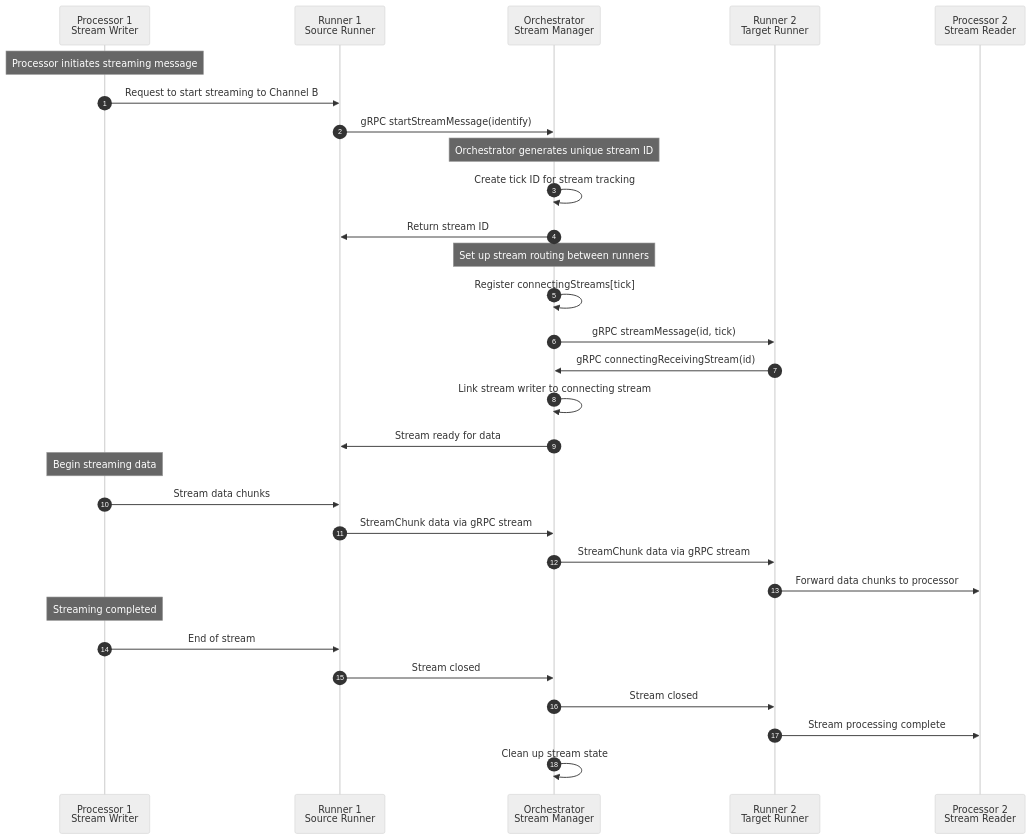
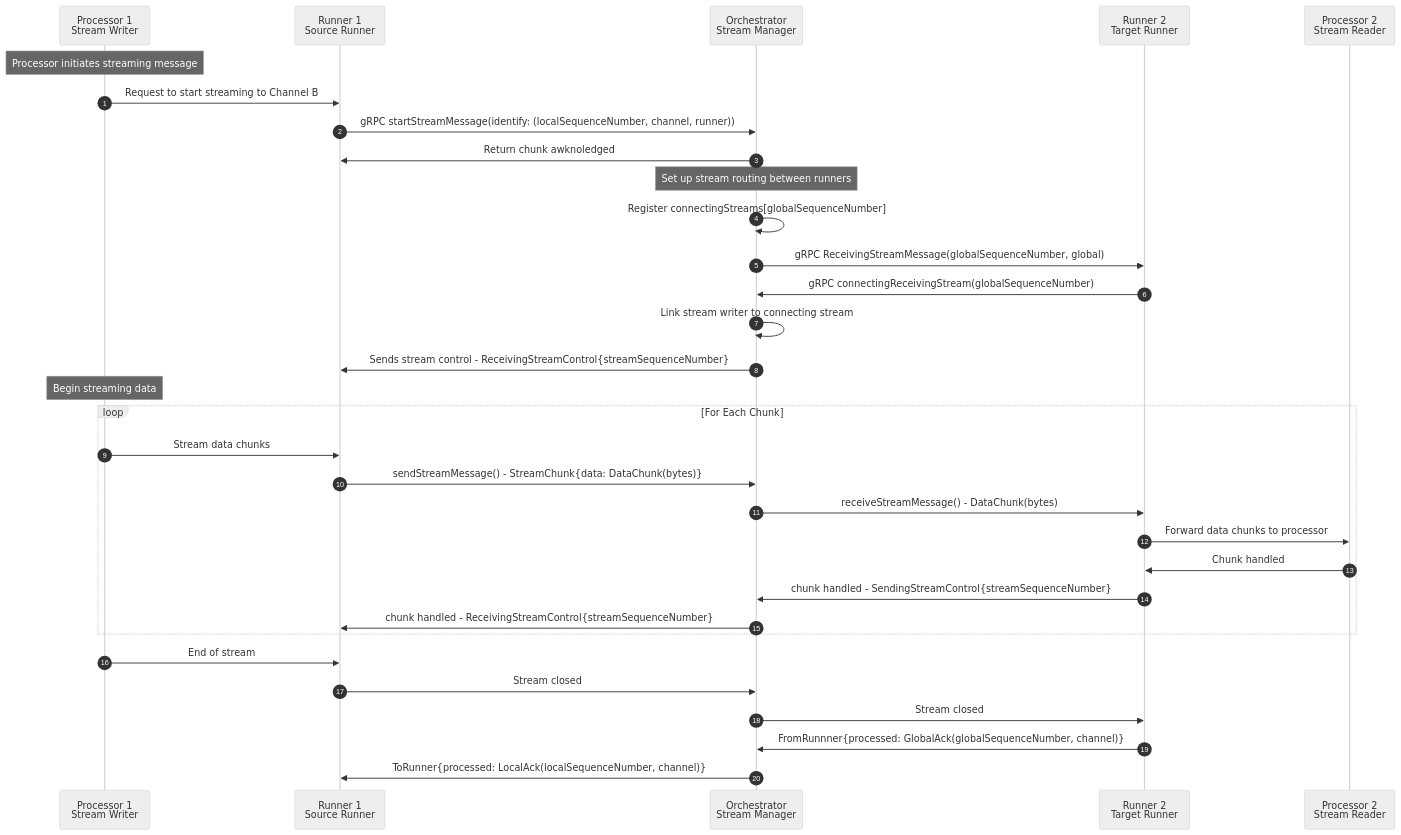
One commit to rdf-connect/orchestrator-js changed the third of 3 diagrams in README.md. Above: the diagram before and after it, drawn with Mermaid (neutral theme). The commit also changed other lines of this file and 11 other files, not shown here.

````diff
--- a/README.md
+++ b/README.md
@@ -316,36 +293,39 @@
 ```mermaid
 sequenceDiagram
     autonumber
     participant P1 as Processor 1<br/>Stream Writer
     participant R1 as Runner 1<br/>Source Runner
     participant O as Orchestrator<br/>Stream Manager
     participant R2 as Runner 2<br/>Target Runner
     participant P2 as Processor 2<br/>Stream Reader
 
     Note over P1: Processor initiates streaming message
     P1->>R1: Request to start streaming to Channel B
-    R1->>O: gRPC startStreamMessage(identify)
-    Note over O: Orchestrator generates unique stream ID
-    O->>O: Create tick ID for stream tracking
-    O->>R1: Return stream ID
+    R1->>O: gRPC startStreamMessage(identify: (localSequenceNumber, channel, runner))
+    O->>R1: Return chunk awknoledged
 
     Note over O: Set up stream routing between runners
-    O->>O: Register connectingStreams[tick]
-    O->>R2: gRPC streamMessage(id, tick)
-    R2->>O: gRPC connectingReceivingStream(id)
+    O->>O: Register connectingStreams[globalSequenceNumber]
+    O->>R2: gRPC ReceivingStreamMessage(globalSequenceNumber, global)
+    R2->>O: gRPC connectingReceivingStream(globalSequenceNumber)
     O->>O: Link stream writer to connecting stream
-    O->>R1: Stream ready for data
+    O->>R1: Sends stream control - ReceivingStreamControl{streamSequenceNumber}
+
 
     Note over P1: Begin streaming data
-    P1->>R1: Stream data chunks
-    R1->>O: StreamChunk data via gRPC stream
-    O->>R2: StreamChunk data via gRPC stream
-    R2->>P2: Forward data chunks to processor
+    loop For Each Chunk
+        P1->>R1: Stream data chunks
+        R1->>O: sendStreamMessage() - StreamChunk{data: DataChunk(bytes)}
+        O->>R2: receiveStreamMessage() - DataChunk(bytes)
+        R2->>P2: Forward data chunks to processor
+        P2->>R2: Chunk handled
+        R2->>O: chunk handled - SendingStreamControl{streamSequenceNumber}
+        O->>R1: chunk handled - ReceivingStreamControl{streamSequenceNumber}
+    end
 
-    Note over P1: Streaming completed
     P1->>R1: End of stream
     R1->>O: Stream closed
     O->>R2: Stream closed
-    R2->>P2: Stream processing complete
-    O->>O: Clean up stream state
+    R2->>O: FromRunnner{processed: GlobalAck(globalSequenceNumber, channel)}
+    O->>R1: ToRunner{processed: LocalAck(localSequenceNumber, channel)}
 ```
````
